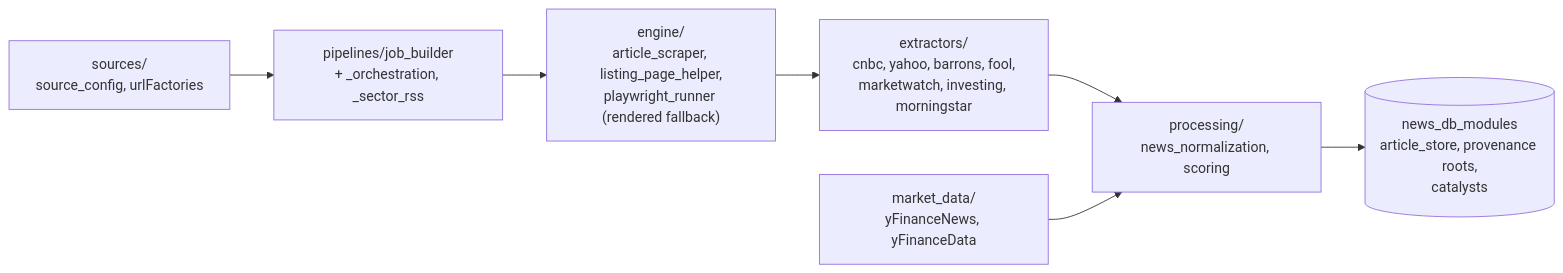
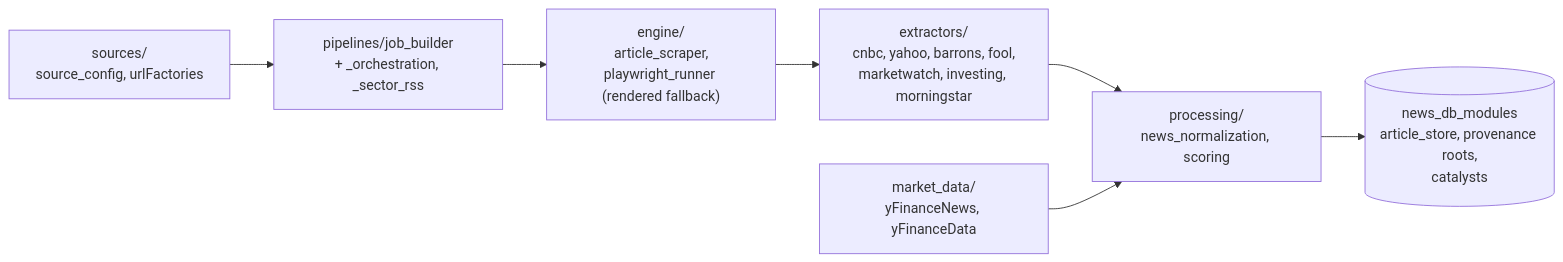
The third of 11 diagrams in docs/SYSTEM_DIAGRAM.md (GeorgeStatho/agentic-trading-research), drawn with Mermaid before and after one commit. The commit also changed 2 other files, not shown here.

Commit message:
DOC: drop stale listing helper and company relevance filter references

````diff
--- a/docs/SYSTEM_DIAGRAM.md
+++ b/docs/SYSTEM_DIAGRAM.md
@@ -154,9 +154,9 @@
 ```mermaid
 flowchart LR
     src["sources/<br/>source_config, urlFactories"] --> jobs["pipelines/job_builder<br/>+ _orchestration, _sector_rss"]
-    jobs --> eng["engine/<br/>article_scraper, listing_page_helper,<br/>playwright_runner (rendered fallback)"]
+    jobs --> eng["engine/<br/>article_scraper,<br/>playwright_runner (rendered fallback)"]
     eng --> exx["extractors/<br/>cnbc, yahoo, barrons, fool,<br/>marketwatch, investing, morningstar"]
     exx --> proc["processing/<br/>news_normalization, scoring"]
     proc --> ndb[("news_db_modules<br/>article_store, provenance roots,<br/>catalysts")]
     yfn["market_data/<br/>yFinanceNews, yFinanceData"] --> proc
 ```
````
